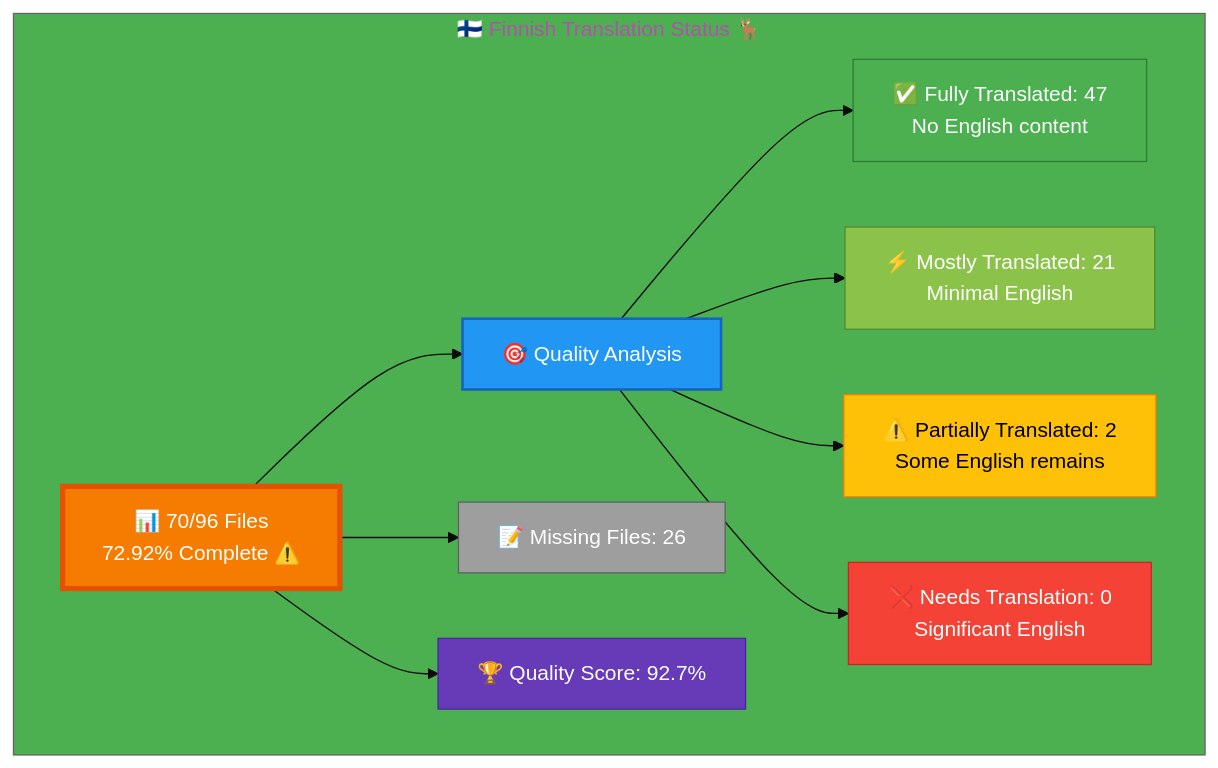
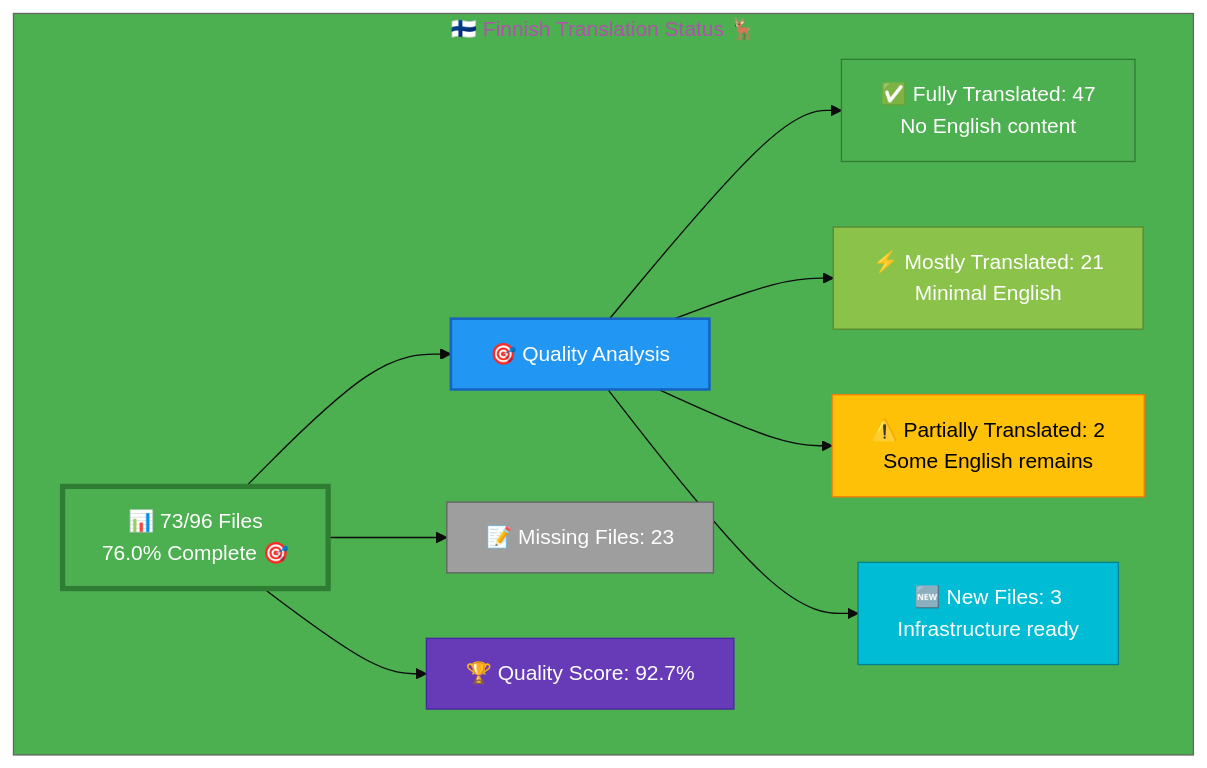
One commit to Hack23/homepage changed the diagram in Finnish-Translation-Status.md. Above: the diagram before and after it, drawn with Mermaid. The commit also changed other lines of this file, not shown here.

Commit message:
docs(i18n): Update Finnish translation status - 76% completion (73/96 files)

````diff
--- a/Finnish-Translation-Status.md
+++ b/Finnish-Translation-Status.md
@@ -12,26 +12,26 @@
 ```mermaid
 %%{init: {'theme':'base', 'themeVariables': {'primaryColor':'#F57C00','secondaryColor':'#2196F3','tertiaryColor':'#4CAF50','fontSize':'16px'}}}%%
 graph TB
     subgraph "🇫🇮 Finnish Translation Status 🦌"
-        A["📊 70/96 Files<br/>72.92% Complete ⚠️ "]
+        A["📊 73/96 Files<br/>76.0% Complete 🎯"]
         
         A --> B["🎯 Quality Analysis"]
         B --> C["✅ Fully Translated: 47<br/>No English content"]
         B --> D["⚡ Mostly Translated: 21<br/>Minimal English"]
         B --> E["⚠️  Partially Translated: 2<br/>Some English remains"]
-        B --> F["❌ Needs Translation: 0<br/>Significant English"]
+        B --> F["🆕 New Files: 3<br/>Infrastructure ready"]
         
-        A --> G["📝 Missing Files: 26"]
+        A --> G["📝 Missing Files: 23"]
         
         A --> H["🏆 Quality Score: 92.7%"]
         
-        style A fill:#F57C00,stroke:#E65100,color:#fff,stroke-width:4px
+        style A fill:#4CAF50,stroke:#2E7D32,color:#fff,stroke-width:4px
         style B fill:#2196F3,stroke:#1565C0,color:#fff,stroke-width:2px
         style C fill:#4CAF50,stroke:#2E7D32,color:#fff
         style D fill:#8BC34A,stroke:#558B2F,color:#fff
         style E fill:#FFC107,stroke:#F57C00,color:#000
-        style F fill:#F44336,stroke:#C62828,color:#fff
+        style F fill:#00BCD4,stroke:#00838F,color:#fff
         style G fill:#9E9E9E,stroke:#616161,color:#fff
         style H fill:#673AB7,stroke:#4527A0,color:#fff
     end
 ```
````
